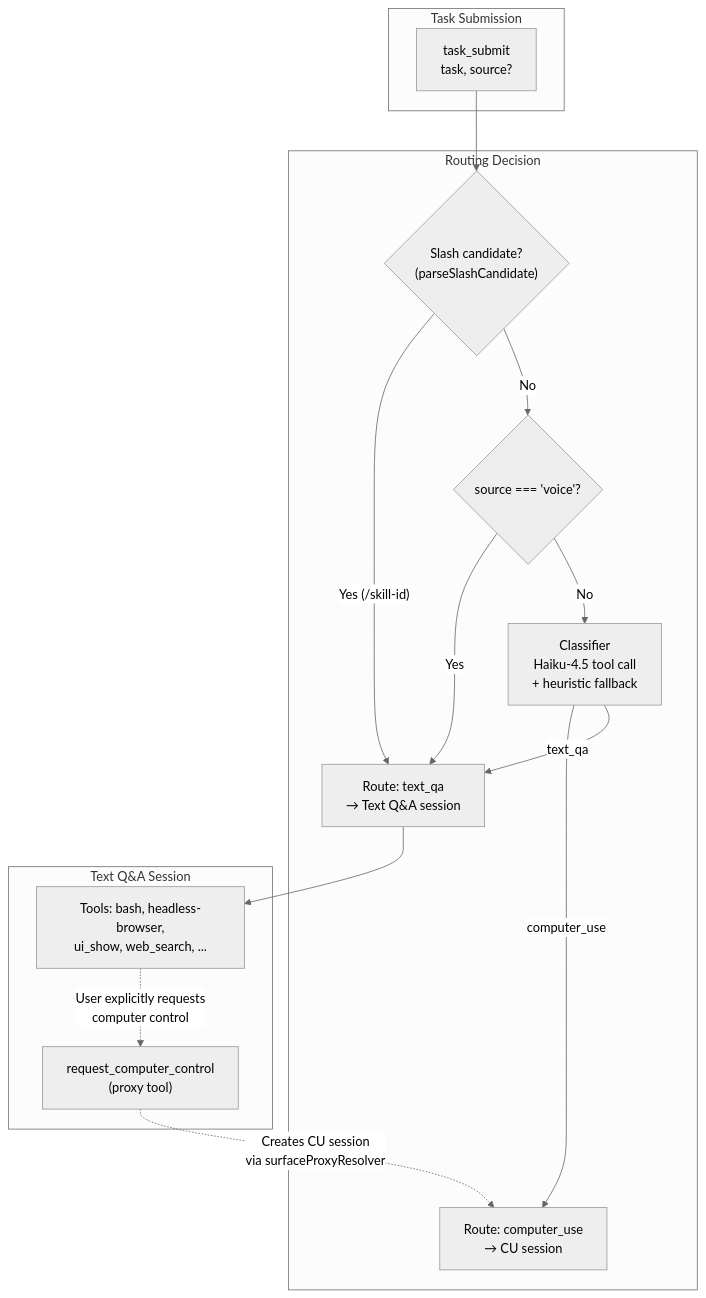
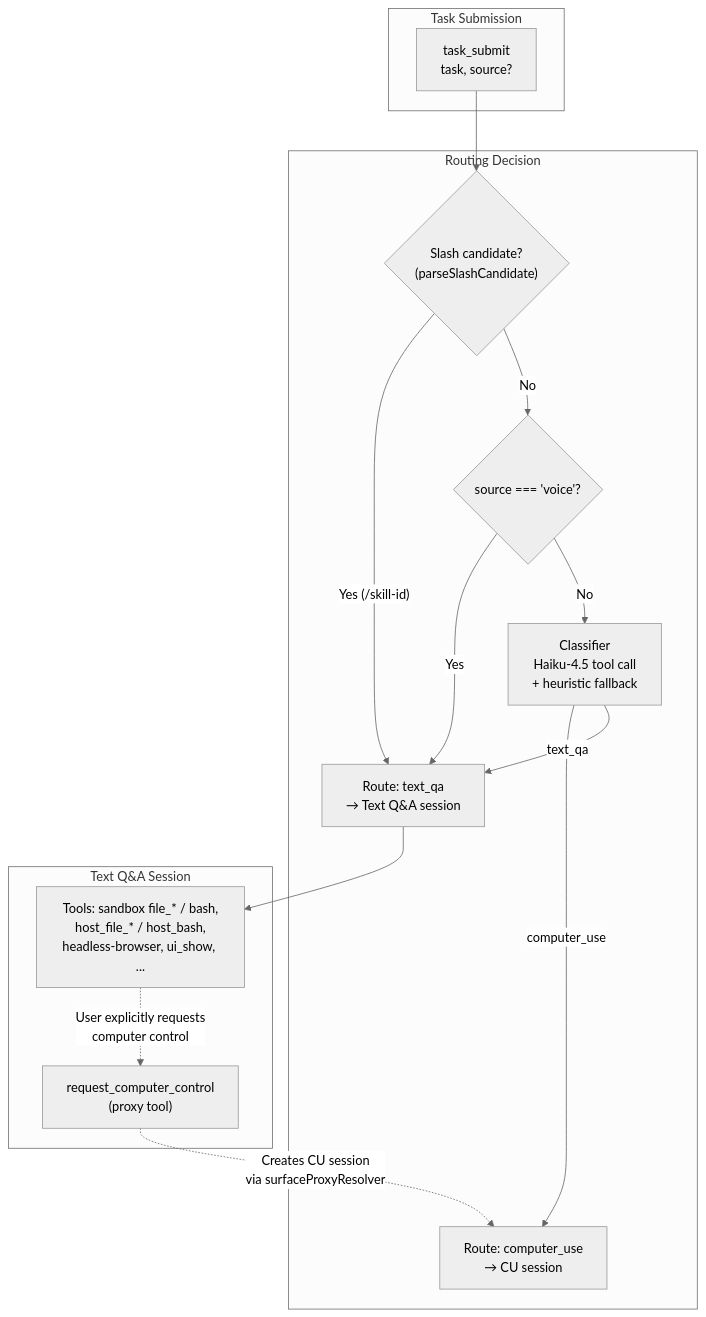
One commit to vellum-ai/vellum-assistant changed the eighth of 11 diagrams in ARCHITECTURE.md. Above: the diagram before and after it, drawn with Mermaid (neutral theme). The commit also changed other lines of this file and 1 other file, not shown here.

Commit message:
docs(security): document sandbox filesystem and explicit host access model

````diff
--- a/ARCHITECTURE.md
+++ b/ARCHITECTURE.md
@@ -643,31 +643,31 @@
 ```mermaid
 graph TB
     subgraph "Task Submission"
         SUBMIT["task_submit<br/>task, source?"]
     end
 
     subgraph "Routing Decision"
         SLASH_CHECK{"Slash candidate?<br/>(parseSlashCandidate)"}
         VOICE_CHECK{"source === 'voice'?"}
         CLASSIFIER["Classifier<br/>Haiku-4.5 tool call<br/>+ heuristic fallback"]
         CU_ROUTE["Route: computer_use<br/>→ CU session"]
         QA_ROUTE["Route: text_qa<br/>→ Text Q&A session"]
     end
 
     subgraph "Text Q&A Session"
-        TEXT_TOOLS["Tools: bash, headless-browser,<br/>ui_show, web_search, ..."]
+        TEXT_TOOLS["Tools: sandbox file_* / bash,<br/>host_file_* / host_bash,<br/>headless-browser, ui_show, ..."]
         ESCALATE["request_computer_control<br/>(proxy tool)"]
     end
 
     SUBMIT --> SLASH_CHECK
     SLASH_CHECK -->|"Yes (/skill-id)"| QA_ROUTE
     SLASH_CHECK -->|"No"| VOICE_CHECK
     VOICE_CHECK -->|"Yes"| QA_ROUTE
     VOICE_CHECK -->|"No"| CLASSIFIER
     CLASSIFIER -->|"computer_use"| CU_ROUTE
     CLASSIFIER -->|"text_qa"| QA_ROUTE
 
     QA_ROUTE --> TEXT_TOOLS
     TEXT_TOOLS -.->|"User explicitly requests<br/>computer control"| ESCALATE
     ESCALATE -.->|"Creates CU session<br/>via surfaceProxyResolver"| CU_ROUTE
 ```
````
